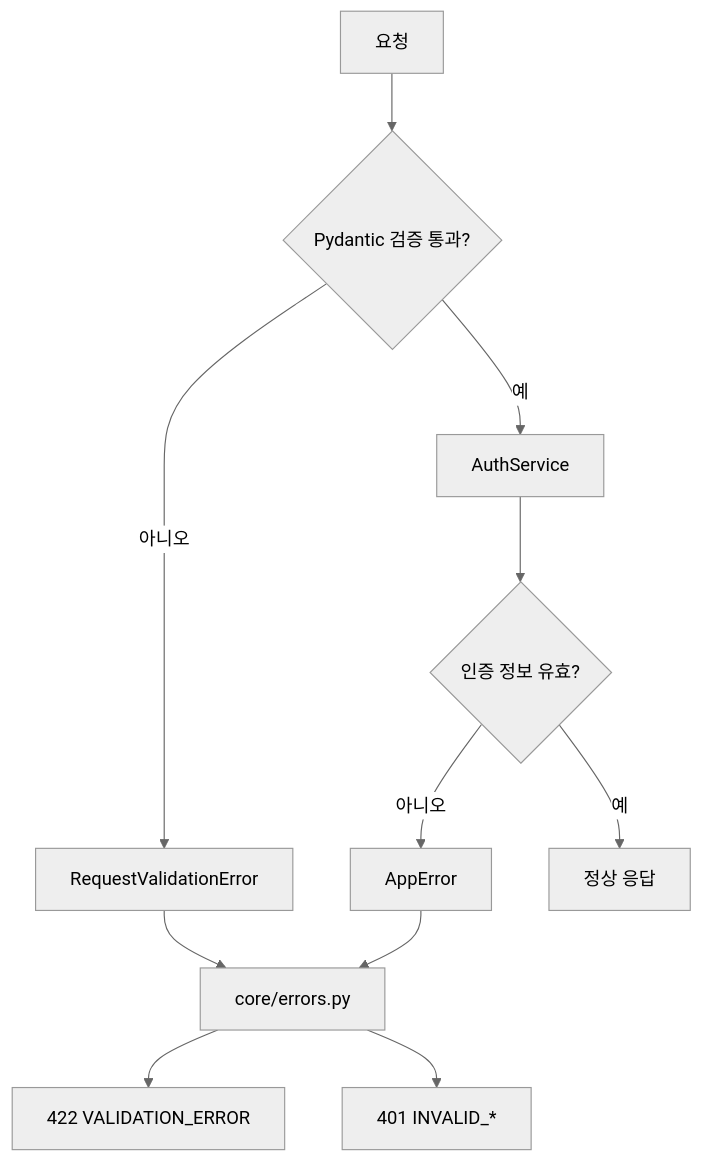
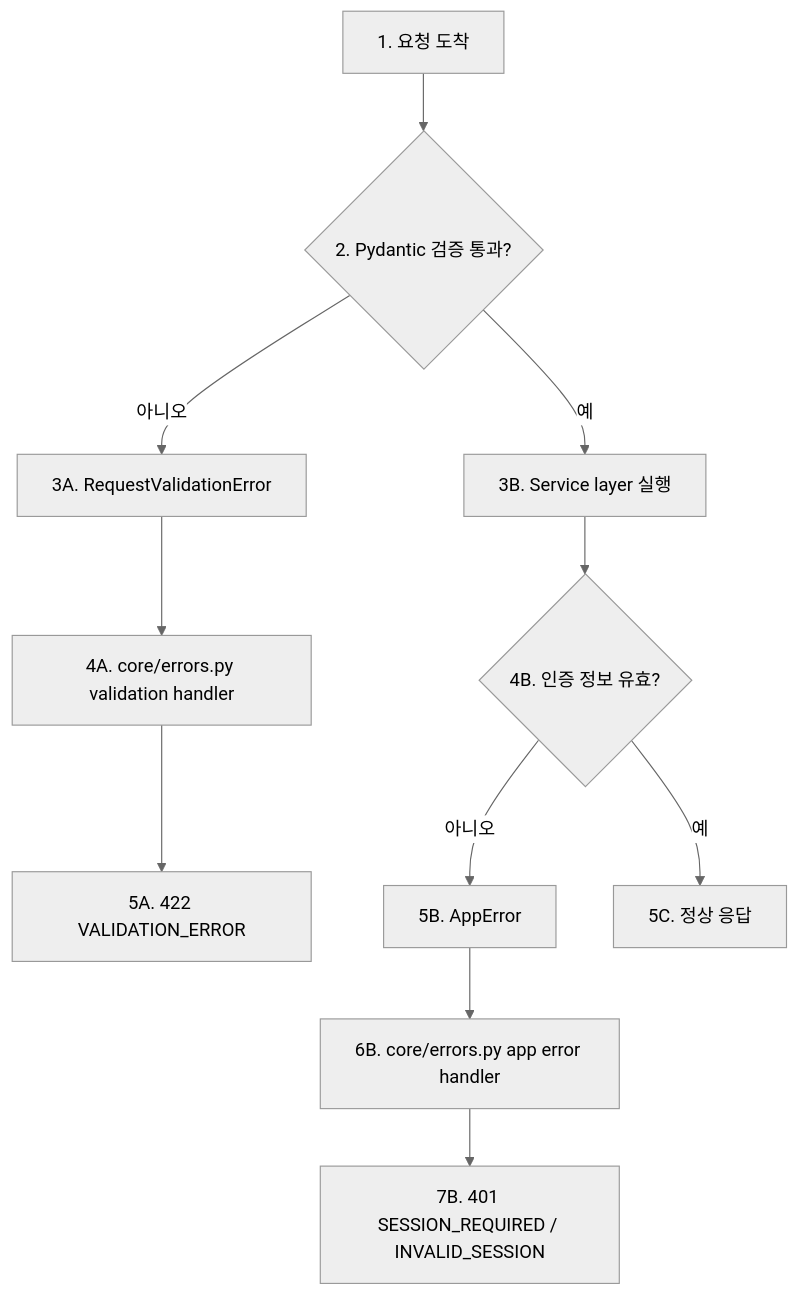
Before and after one commit to JUNGLE-TEAM1/W16_team_sprint: the seventh of 7 diagrams in docs/sprint-2-execution-flow-guide.md, drawn with Mermaid (neutral theme). The commit also changed other lines of this file and 21 other files, not shown here.

Commit message:
feat: finalize sprint 2 session auth

````diff
--- a/docs/sprint-2-execution-flow-guide.md
+++ b/docs/sprint-2-execution-flow-guide.md
@@ -311,13 +246,13 @@
 ```mermaid
 flowchart TD
-    Request[요청] --> Validation{Pydantic 검증 통과?}
-    Validation -- 아니오 --> ValidationError[RequestValidationError]
-    ValidationError --> ErrorHandler[core/errors.py]
-    ErrorHandler --> Response422[422 VALIDATION_ERROR]
-    Validation -- 예 --> Service[AuthService]
-    Service --> AuthCheck{인증 정보 유효?}
-    AuthCheck -- 아니오 --> AppError[AppError]
-    AppError --> ErrorHandler
-    ErrorHandler --> Response401[401 INVALID_*]
-    AuthCheck -- 예 --> Success[정상 응답]
+    E1["1. 요청 도착"] --> E2{"2. Pydantic 검증 통과?"}
+    E2 -- "아니오" --> E3["3A. RequestValidationError"]
+    E3 --> E4A["4A. core/errors.py validation handler"]
+    E4A --> E5["5A. 422 VALIDATION_ERROR"]
+    E2 -- "예" --> E6["3B. Service layer 실행"]
+    E6 --> E7{"4B. 인증 정보 유효?"}
+    E7 -- "아니오" --> E8["5B. AppError"]
+    E8 --> E4B["6B. core/errors.py app error handler"]
+    E4B --> E9["7B. 401 SESSION_REQUIRED / INVALID_SESSION"]
+    E7 -- "예" --> E10["5C. 정상 응답"]
 ```
````
